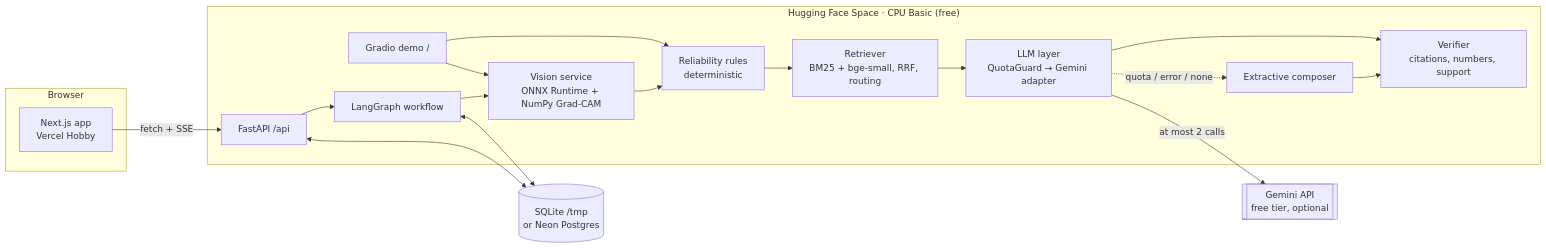
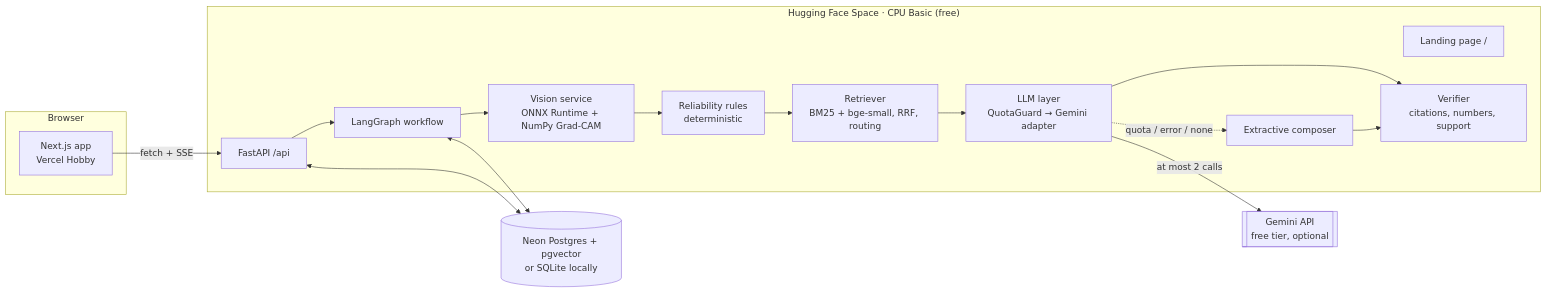
The first of 2 diagrams in docs/ARCHITECTURE.md (Udit013/Brain_Tumor_Classificatioin), drawn with Mermaid before and after one commit. The commit also changed other lines of this file and 25 other files, not shown here.

````diff
--- a/docs/ARCHITECTURE.md
+++ b/docs/ARCHITECTURE.md
@@ -9,27 +9,26 @@
 ```mermaid
 flowchart LR
     subgraph Browser
       W[Next.js app<br/>Vercel Hobby]
     end
     subgraph Space["Hugging Face Space · CPU Basic (free)"]
-      D[Gradio demo /]
+      D[Landing page /]
       A[FastAPI /api]
       G[LangGraph workflow]
       V[Vision service<br/>ONNX Runtime + NumPy Grad-CAM]
       R[Reliability rules<br/>deterministic]
       Q[Retriever<br/>BM25 + bge-small, RRF, routing]
       X[Verifier<br/>citations, numbers, support]
       L[LLM layer<br/>QuotaGuard → Gemini adapter]
       C[Extractive composer]
     end
-    DB[(SQLite /tmp<br/>or Neon Postgres)]
+    DB[(Neon Postgres + pgvector<br/>or SQLite locally)]
     GEM[[Gemini API<br/>free tier, optional]]
     W -- fetch + SSE --> A
-    D --> V & R
     A --> G
     G --> V --> R --> Q --> L --> X
     L -. quota / error / none .-> C --> X
     L -- at most 2 calls --> GEM
     G <--> DB
     A <--> DB
 ```
````
